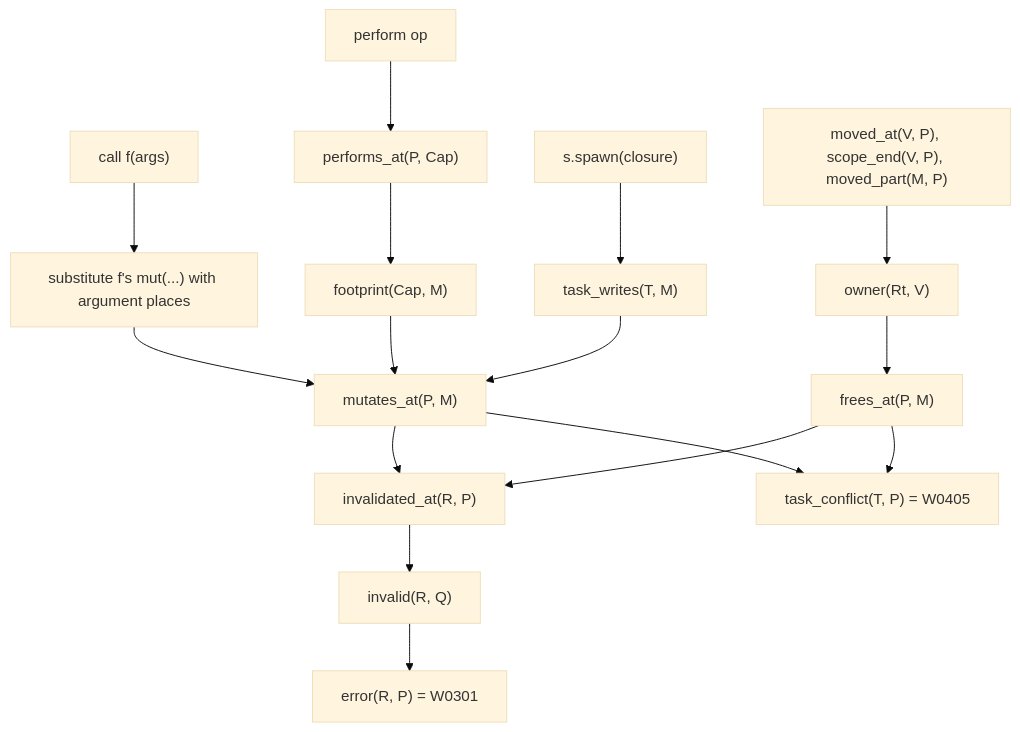
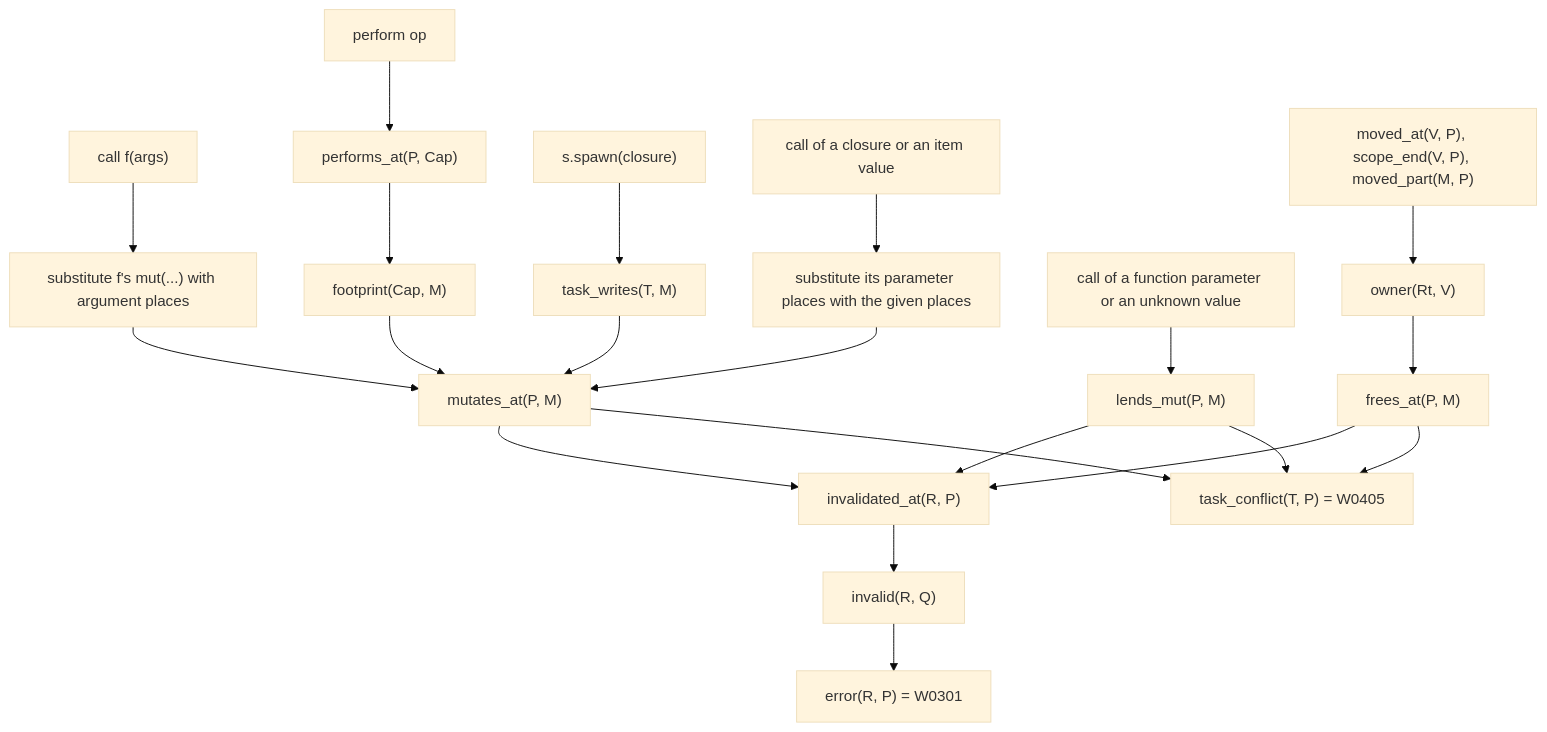
The second of 2 diagrams in docs/architecture.md (madmax983/weft), drawn with Mermaid (base theme) before and after one commit. The commit also changed other lines of this file and 21 other files, not shown here.

First line of the commit message:
Sema: function values do what each value can do

````diff
--- a/docs/architecture.md
+++ b/docs/architecture.md
@@ -25,10 +25,13 @@
 ```mermaid
 flowchart TD
     call["call f(args)"] --> subst["substitute f's mut(...) with argument places"] --> mut["mutates_at(P, M)"]
     perform["perform op"] --> cap["performs_at(P, Cap)"] --> fp["footprint(Cap, M)"] --> mut
     spawn["s.spawn(closure)"] --> tw["task_writes(T, M)"] --> mut
+    value["call of a closure or an item value"] --> given["substitute its parameter places with the given places"] --> mut
+    unknown["call of a function parameter or an unknown value"] --> lend["lends_mut(P, M)"] --> inv
+    lend --> tc
     mut --> inv["invalidated_at(R, P)"] --> invalid["invalid(R, Q)"] --> err["error(R, P) = W0301"]
     drop["moved_at(V, P), scope_end(V, P), moved_part(M, P)"] --> own["owner(Rt, V)"] --> frees["frees_at(P, M)"] --> inv
     frees --> tc["task_conflict(T, P) = W0405"]
     mut --> tc
 ```
````
